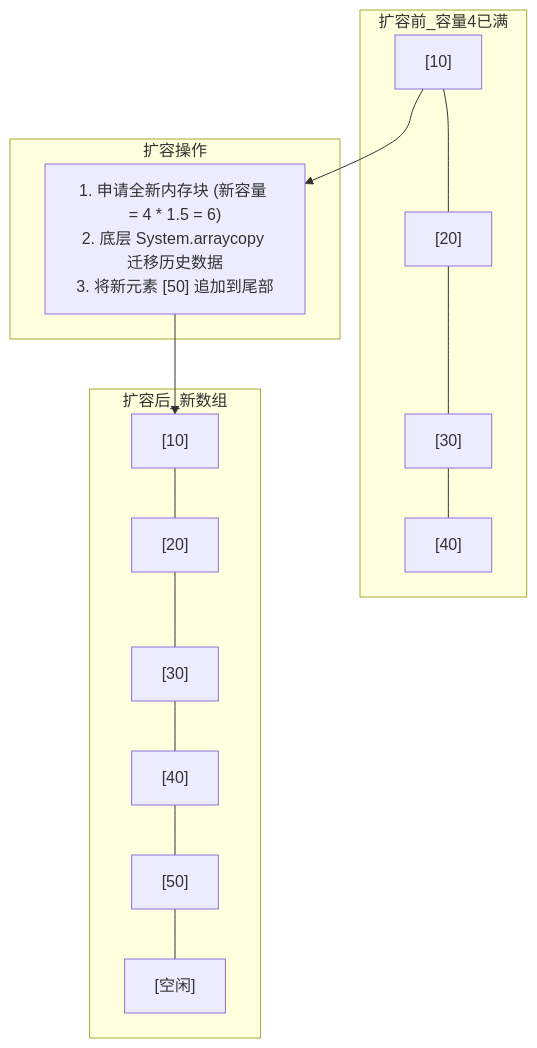
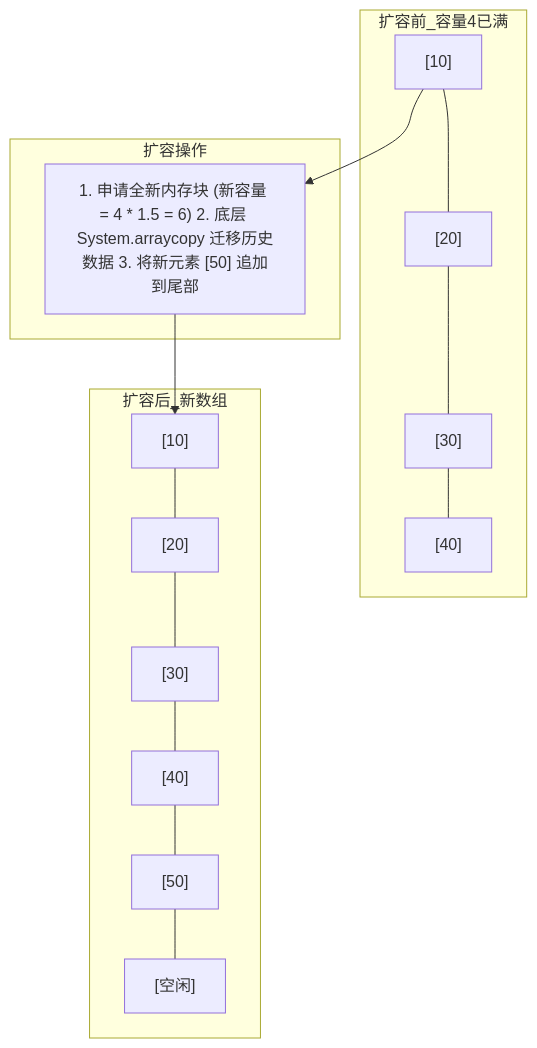
Before and after one commit to GuoWWWX/knowledge-base: the second of 2 diagrams in 30-算法与数据结构/01-数据结构/01-数组与动态数组.md, drawn with Mermaid. The commit also changed other lines of this file and 251 other files, not shown here.

````diff
--- a/30-算法与数据结构/01-数据结构/01-数组与动态数组.md
+++ b/30-算法与数据结构/01-数据结构/01-数组与动态数组.md
@@ -78,16 +78,16 @@
 ```mermaid
 flowchart TD
     subgraph 扩容前_容量4已满
         A1["[10]"] --- A2["[20]"] --- A3["[30]"] --- A4["[40]"]
     end
 
     subgraph 扩容操作
-        Action["1. 申请全新内存块 (新容量 = 4 * 1.5 = 6)<br/>2. 底层 System.arraycopy 迁移历史数据<br/>3. 将新元素 [50] 追加到尾部"]
+        Action["1. 申请全新内存块 (新容量 = 4 * 1.5 = 6) 2. 底层 System.arraycopy 迁移历史数据 3. 将新元素 [50] 追加到尾部"]
     end
 
     subgraph 扩容后_新数组
         B1["[10]"] --- B2["[20]"] --- B3["[30]"] --- B4["[40]"] --- B5["[50]"] --- B6["[空闲]"]
     end
 
     A1 --> Action --> B1
 ```
````
